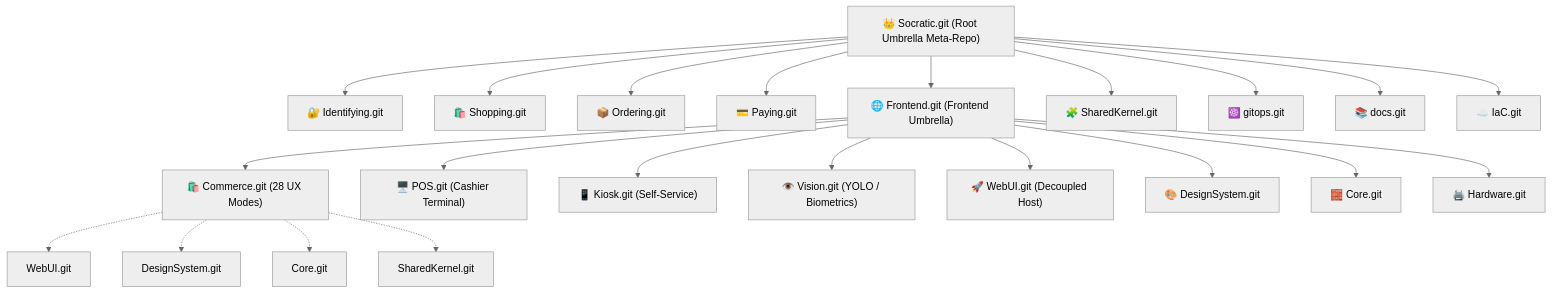
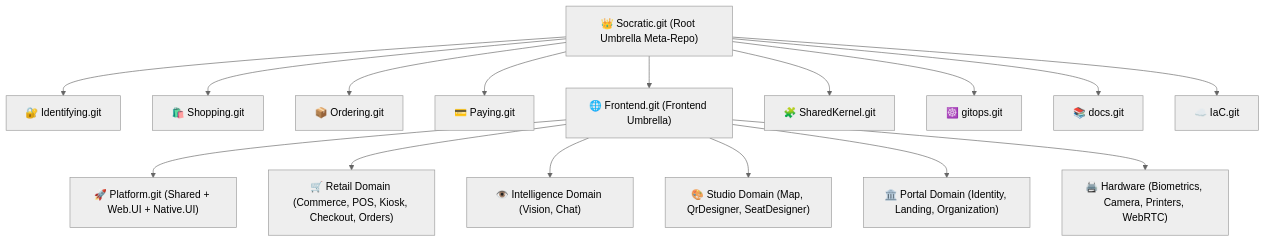
The diagram in Web.UI/.agents/rules/git-submodules-workflow.md (socratic-uz/Platform), drawn with Mermaid (neutral theme) before and after one commit. The commit also changed other lines of this file and 183 other files, not shown here.

````diff
--- a/Web.UI/.agents/rules/git-submodules-workflow.md
+++ b/Web.UI/.agents/rules/git-submodules-workflow.md
@@ -16,31 +16,23 @@
 ```mermaid
 graph TD
     Root["👑 Socratic.git (Root Umbrella Meta-Repo)"]
     
-    %% Tier 2
+    %% Tier 2 - Backend & Platform Services
     Root --> Backend_Ident["🔐 Identifying.git"]
     Root --> Backend_Shop["🛍️ Shopping.git"]
     Root --> Backend_Order["📦 Ordering.git"]
     Root --> Backend_Pay["💳 Paying.git"]
     Root --> Frontend["🌐 Frontend.git (Frontend Umbrella)"]
     Root --> SharedKernel["🧩 SharedKernel.git"]
     Root --> GitOps["☸️ gitops.git"]
     Root --> Docs["📚 docs.git"]
     Root --> IaC["☁️ IaC.git"]
     
-    %% Tier 3 - Frontend Feature Slices
-    Frontend --> Feat_Commerce["🛍️ Commerce.git (28 UX Modes)"]
-    Frontend --> Feat_POS["🖥️ POS.git (Cashier Terminal)"]
-    Frontend --> Feat_Kiosk["📱 Kiosk.git (Self-Service)"]
-    Frontend --> Feat_Vision["👁️ Vision.git (YOLO / Biometrics)"]
-    Frontend --> Host_WebUI["🚀 WebUI.git (Decoupled Host)"]
-    Frontend --> Core_DesignSystem["🎨 DesignSystem.git"]
-    Frontend --> Core_UICore["🧱 Core.git"]
-    Frontend --> Core_Hardware["🖨️ Hardware.git"]
-
-    %% Standalone Feature Submodules
-    Feat_Commerce -.-> Sub_WebUI["WebUI.git"]
-    Feat_Commerce -.-> Sub_DS["DesignSystem.git"]
-    Feat_Commerce -.-> Sub_Core["Core.git"]
-    Feat_Commerce -.-> Sub_SK["SharedKernel.git"]
+    %% Tier 3 - Frontend Architecture & Domains
+    Frontend --> Plat_Platform["🚀 Platform.git (Shared + Web.UI + Native.UI)"]
+    Frontend --> Dom_Retail["🛒 Retail Domain (Commerce, POS, Kiosk, Checkout, Orders)"]
+    Frontend --> Dom_Intel["👁️ Intelligence Domain (Vision, Chat)"]
+    Frontend --> Dom_Studio["🎨 Studio Domain (Map, QrDesigner, SeatDesigner)"]
+    Frontend --> Dom_Portal["🏛️ Portal Domain (Identity, Landing, Organization)"]
+    Frontend --> Plat_Hardware["🖨️ Hardware (Biometrics, Camera, Printers, WebRTC)"]
 ```
````
